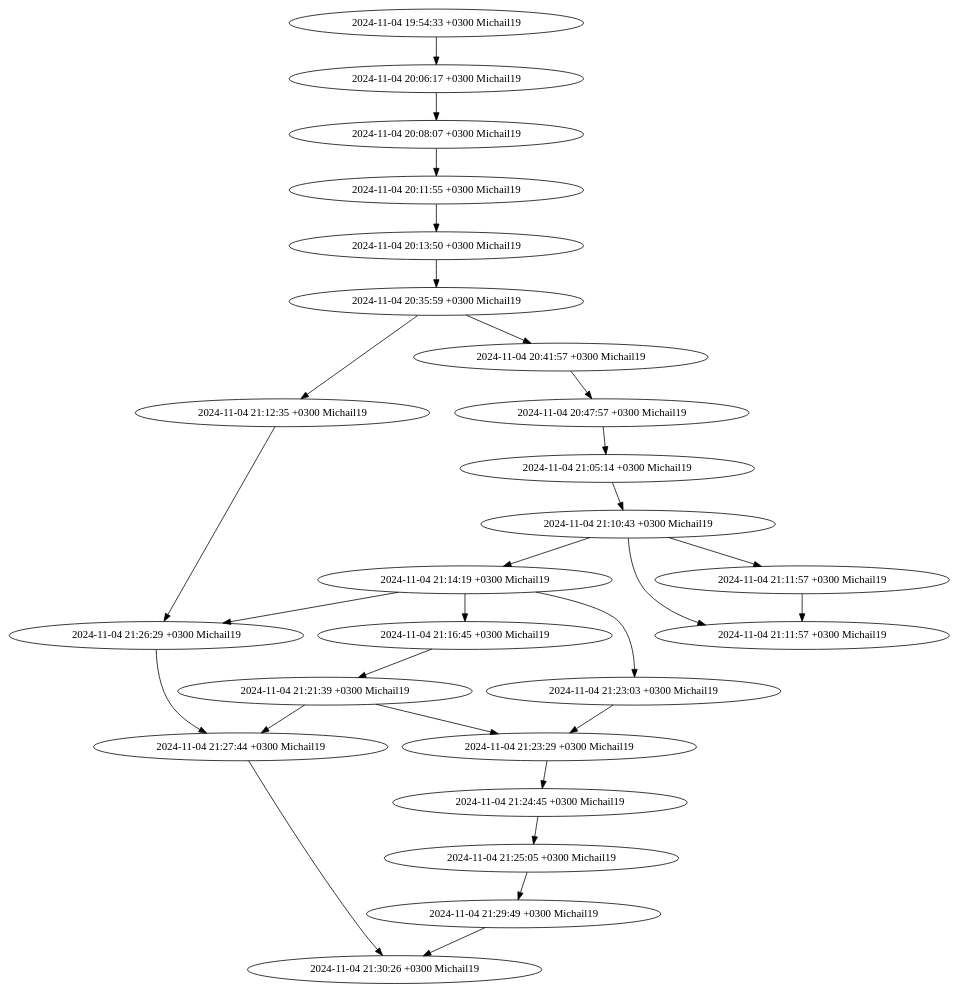
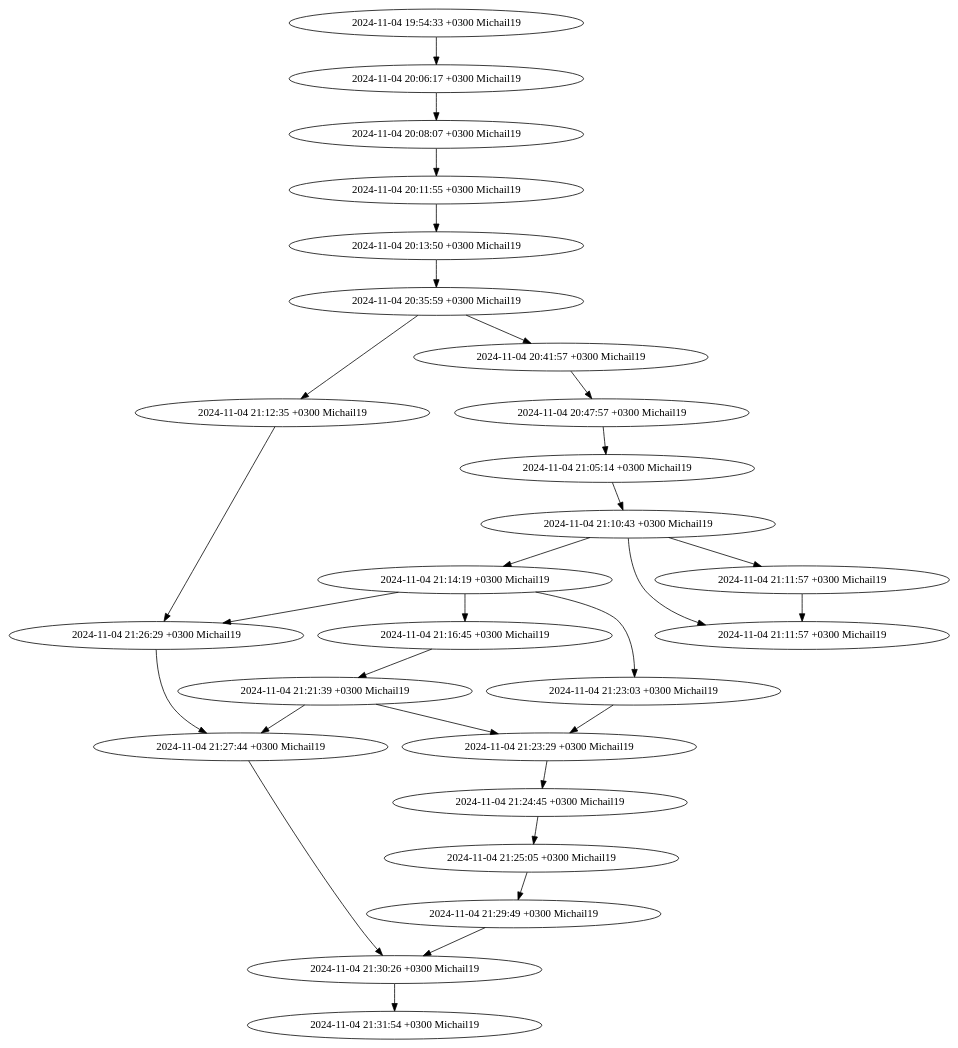
Before and after one commit to Michail19/HomeworkForKU2: the diagram in graph.dot, drawn with Graphviz. The commit also changed 1 other file, not shown here.

```diff
--- a/graph.dot
+++ b/graph.dot
@@ -1,54 +1,56 @@
 digraph G {
+    "a49ea5245a819f11aacb317402d5c23237cf3d98" [label="2024-11-04 21:31:54 +0300 Michail19"];
+    "866a92b401ca8e83ca3d6316dcd1e22a87e8d117" -> "a49ea5245a819f11aacb317402d5c23237cf3d98";
     "866a92b401ca8e83ca3d6316dcd1e22a87e8d117" [label="2024-11-04 21:30:26 +0300 Michail19"];
     "7a9c55e732c953dd22e3865b1cc2107096188ec9" -> "866a92b401ca8e83ca3d6316dcd1e22a87e8d117";
     "73258d26e192bf42274e86f7e9734c17fe21e55b" -> "866a92b401ca8e83ca3d6316dcd1e22a87e8d117";
     "7a9c55e732c953dd22e3865b1cc2107096188ec9" [label="2024-11-04 21:29:49 +0300 Michail19"];
     "efd17ccf36fa9608f6c69e0652765e1c54b61b89" -> "7a9c55e732c953dd22e3865b1cc2107096188ec9";
     "73258d26e192bf42274e86f7e9734c17fe21e55b" [label="2024-11-04 21:27:44 +0300 Michail19"];
     "4821cdb57677a2af54a3b32aca9c1be37ca16872" -> "73258d26e192bf42274e86f7e9734c17fe21e55b";
     "7fc610c663c07e7da66307da2faa3662ac333b31" -> "73258d26e192bf42274e86f7e9734c17fe21e55b";
     "7fc610c663c07e7da66307da2faa3662ac333b31" [label="2024-11-04 21:26:29 +0300 Michail19"];
     "f2b4ff9571ac4ab389ead3d52375351dd7324293" -> "7fc610c663c07e7da66307da2faa3662ac333b31";
     "2d0f4fdc62858060ae9614b1424f0938bbaa3a52" -> "7fc610c663c07e7da66307da2faa3662ac333b31";
     "efd17ccf36fa9608f6c69e0652765e1c54b61b89" [label="2024-11-04 21:25:05 +0300 Michail19"];
     "9e4e44ee2bd6a0e7eb1ea17b4f37920688e868e3" -> "efd17ccf36fa9608f6c69e0652765e1c54b61b89";
     "9e4e44ee2bd6a0e7eb1ea17b4f37920688e868e3" [label="2024-11-04 21:24:45 +0300 Michail19"];
     "b8d8953f7ce8fc7522e840ef1407c0d3f7119dd0" -> "9e4e44ee2bd6a0e7eb1ea17b4f37920688e868e3";
     "b8d8953f7ce8fc7522e840ef1407c0d3f7119dd0" [label="2024-11-04 21:23:29 +0300 Michail19"];
     "cb0adba88edc4027e7af5d1263faa7728e007dbc" -> "b8d8953f7ce8fc7522e840ef1407c0d3f7119dd0";
     "4821cdb57677a2af54a3b32aca9c1be37ca16872" -> "b8d8953f7ce8fc7522e840ef1407c0d3f7119dd0";
     "cb0adba88edc4027e7af5d1263faa7728e007dbc" [label="2024-11-04 21:23:03 +0300 Michail19"];
     "f2b4ff9571ac4ab389ead3d52375351dd7324293" -> "cb0adba88edc4027e7af5d1263faa7728e007dbc";
     "4821cdb57677a2af54a3b32aca9c1be37ca16872" [label="2024-11-04 21:21:39 +0300 Michail19"];
     "0521441b2467a0f04cd6b93a559208cb02ce9157" -> "4821cdb57677a2af54a3b32aca9c1be37ca16872";
     "0521441b2467a0f04cd6b93a559208cb02ce9157" [label="2024-11-04 21:16:45 +0300 Michail19"];
     "f2b4ff9571ac4ab389ead3d52375351dd7324293" -> "0521441b2467a0f04cd6b93a559208cb02ce9157";
     "f2b4ff9571ac4ab389ead3d52375351dd7324293" [label="2024-11-04 21:14:19 +0300 Michail19"];
     "8b50d4b403be2a20fe8b77a8ab2e54a6161746f5" -> "f2b4ff9571ac4ab389ead3d52375351dd7324293";
     "2d0f4fdc62858060ae9614b1424f0938bbaa3a52" [label="2024-11-04 21:12:35 +0300 Michail19"];
     "370b81cb2696b5585780ff9c1359753ce070d8a6" -> "2d0f4fdc62858060ae9614b1424f0938bbaa3a52";
     "275e2999aaa4cb91f1d07816f954d0aa32208cb1" [label="2024-11-04 21:11:57 +0300 Michail19"];
     "8b50d4b403be2a20fe8b77a8ab2e54a6161746f5" -> "275e2999aaa4cb91f1d07816f954d0aa32208cb1";
     "fb33023bd82753f7163abd109360c7dacd0322f6" -> "275e2999aaa4cb91f1d07816f954d0aa32208cb1";
     "fb33023bd82753f7163abd109360c7dacd0322f6" [label="2024-11-04 21:11:57 +0300 Michail19"];
     "8b50d4b403be2a20fe8b77a8ab2e54a6161746f5" -> "fb33023bd82753f7163abd109360c7dacd0322f6";
     "8b50d4b403be2a20fe8b77a8ab2e54a6161746f5" [label="2024-11-04 21:10:43 +0300 Michail19"];
     "20d60cd260b4c83e5d54e93c36e41720101eb681" -> "8b50d4b403be2a20fe8b77a8ab2e54a6161746f5";
     "20d60cd260b4c83e5d54e93c36e41720101eb681" [label="2024-11-04 21:05:14 +0300 Michail19"];
     "9b440faa52a7ab727df50053aa68a014c2ebaf03" -> "20d60cd260b4c83e5d54e93c36e41720101eb681";
     "9b440faa52a7ab727df50053aa68a014c2ebaf03" [label="2024-11-04 20:47:57 +0300 Michail19"];
     "6e5519de86204676ec1090770f51b928f61f6c24" -> "9b440faa52a7ab727df50053aa68a014c2ebaf03";
     "6e5519de86204676ec1090770f51b928f61f6c24" [label="2024-11-04 20:41:57 +0300 Michail19"];
     "370b81cb2696b5585780ff9c1359753ce070d8a6" -> "6e5519de86204676ec1090770f51b928f61f6c24";
     "370b81cb2696b5585780ff9c1359753ce070d8a6" [label="2024-11-04 20:35:59 +0300 Michail19"];
     "6e44a9eccef9dc107c26c453559d669ebd84dbcc" -> "370b81cb2696b5585780ff9c1359753ce070d8a6";
     "6e44a9eccef9dc107c26c453559d669ebd84dbcc" [label="2024-11-04 20:13:50 +0300 Michail19"];
     "46367f7de67175d5f03c9e8ae2067ac21fec0a92" -> "6e44a9eccef9dc107c26c453559d669ebd84dbcc";
     "46367f7de67175d5f03c9e8ae2067ac21fec0a92" [label="2024-11-04 20:11:55 +0300 Michail19"];
     "49837d93d4a5fb59956aadbba3c262efa4b05267" -> "46367f7de67175d5f03c9e8ae2067ac21fec0a92";
     "49837d93d4a5fb59956aadbba3c262efa4b05267" [label="2024-11-04 20:08:07 +0300 Michail19"];
     "1c911d746562f2b41f69b62a80a2f5a56168f865" -> "49837d93d4a5fb59956aadbba3c262efa4b05267";
     "1c911d746562f2b41f69b62a80a2f5a56168f865" [label="2024-11-04 20:06:17 +0300 Michail19"];
     "27dfd2e4035db62bb239fdf60053539fa3b2f90f" -> "1c911d746562f2b41f69b62a80a2f5a56168f865";
     "27dfd2e4035db62bb239fdf60053539fa3b2f90f" [label="2024-11-04 19:54:33 +0300 Michail19"];
 }
```
